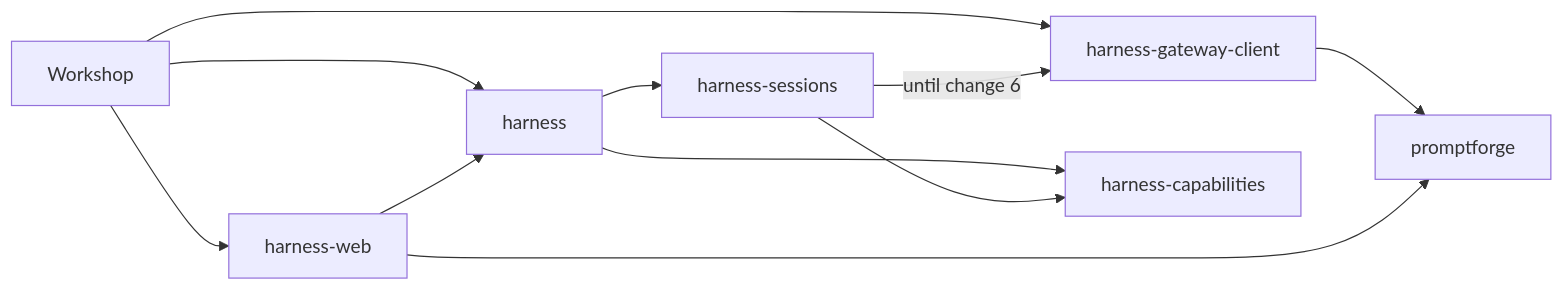
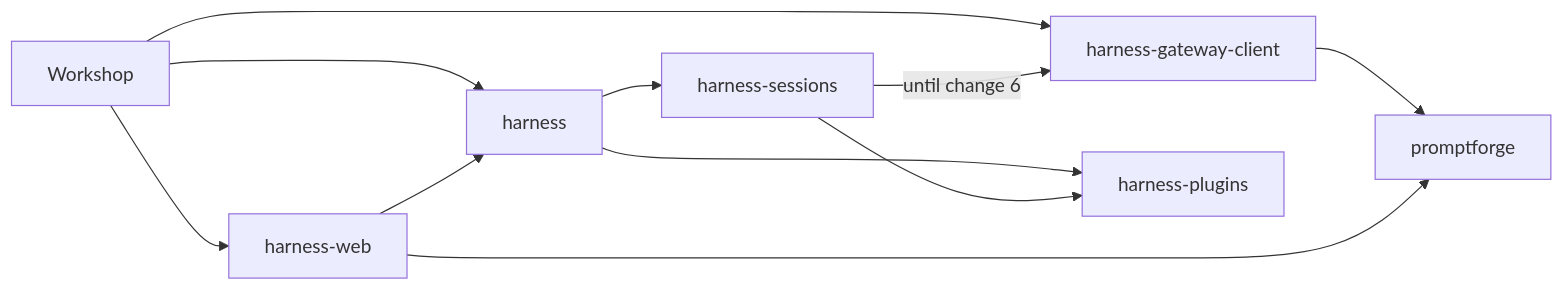
Before and after one commit to cppalliance/promptforge: the diagram in vibe/2026-10-02-2-host-services.md, drawn with Mermaid. The commit also changed other lines of this file and 42 other files, not shown here.

````diff
--- a/vibe/2026-10-02-2-host-services.md
+++ b/vibe/2026-10-02-2-host-services.md
@@ -111,13 +111,13 @@
 ```mermaid
 flowchart LR
     Workshop --> HarnessFacade["harness"]
     Workshop --> HarnessWeb["harness-web"]
     Workshop --> GwClient["harness-gateway-client"]
     HarnessWeb --> HarnessFacade
     HarnessFacade --> Sessions["harness-sessions"]
-    HarnessFacade --> Capabilities["harness-capabilities"]
-    Sessions --> Capabilities
+    HarnessFacade --> Plugins["harness-plugins"]
+    Sessions --> Plugins
     Sessions -->|"until change 6"| GwClient
     GwClient --> Facade["promptforge"]
     HarnessWeb --> Facade
 ```
````
